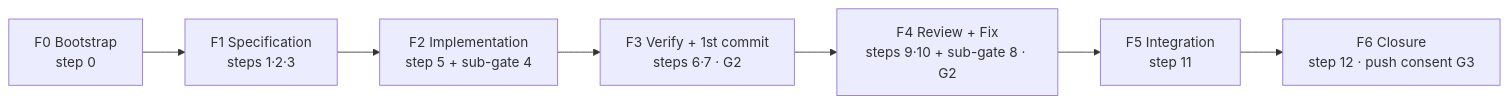
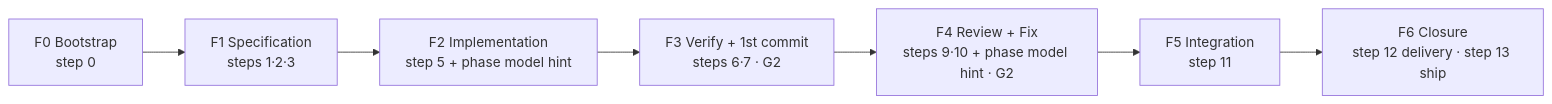
One commit to jpolvora/workflow-skills changed the first of 9 diagrams in .agents/skills/spec-to-pr/DIAGRAM.md. Above: the diagram before and after it, drawn with Mermaid. The commit also changed other lines of this file and 30 other files, not shown here.

````diff
--- a/.agents/skills/spec-to-pr/DIAGRAM.md
+++ b/.agents/skills/spec-to-pr/DIAGRAM.md
@@ -13,9 +13,9 @@
 ```mermaid
 flowchart LR
   F0[F0 Bootstrap<br/>step 0] --> F1[F1 Specification<br/>steps 1·2·3]
-  F1 --> F2[F2 Implementation<br/>step 5 + sub-gate 4]
+  F1 --> F2[F2 Implementation<br/>step 5 + phase model hint]
   F2 --> F3[F3 Verify + 1st commit<br/>steps 6·7 · G2]
-  F3 --> F4[F4 Review + Fix<br/>steps 9·10 + sub-gate 8 · G2]
+  F3 --> F4[F4 Review + Fix<br/>steps 9·10 + phase model hint · G2]
   F4 --> F5[F5 Integration<br/>step 11]
-  F5 --> F6[F6 Closure<br/>step 12 · push consent G3]
+  F5 --> F6[F6 Closure<br/>step 12 delivery · step 13 ship]
 ```
````
